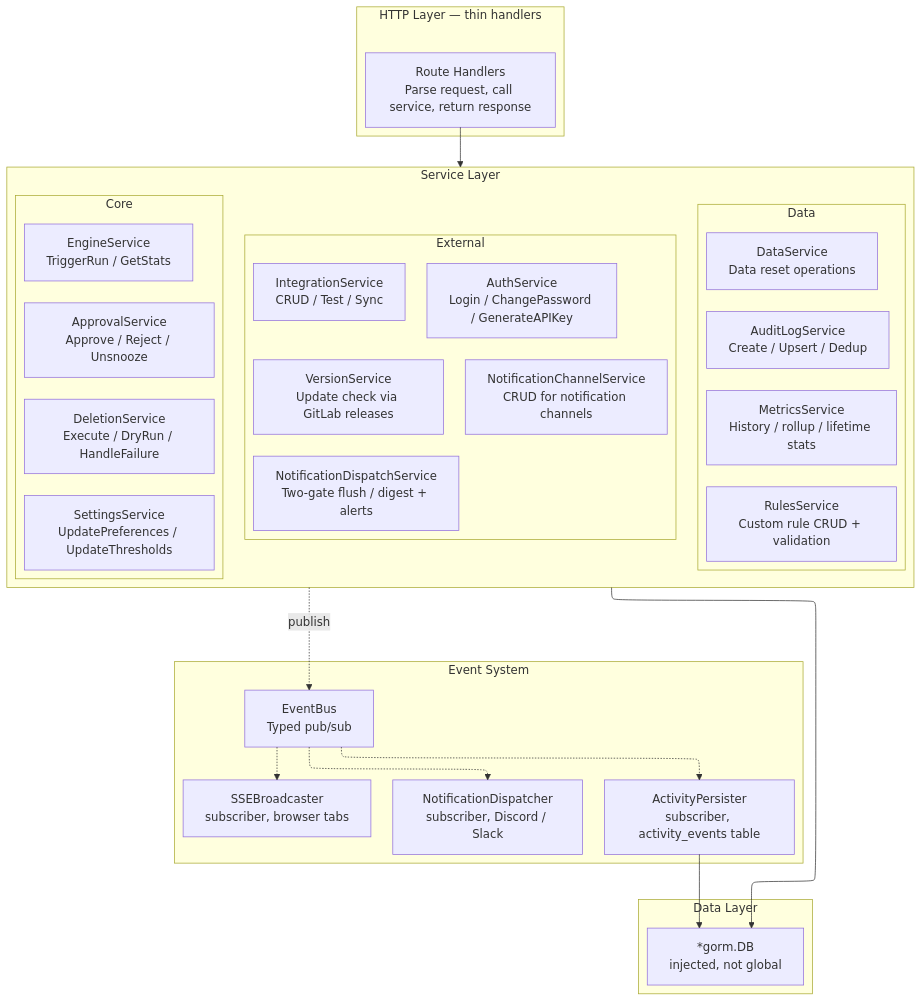
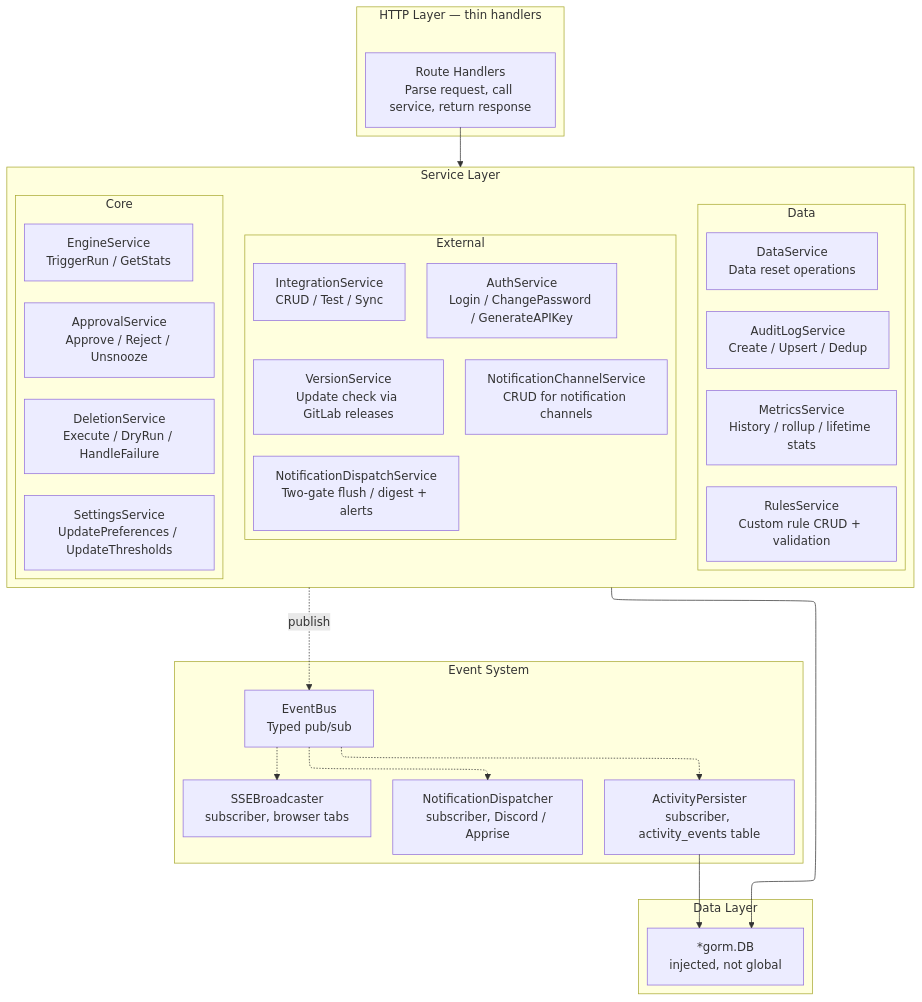
One commit to kiwi3007/capacitarr changed the second of 4 diagrams in docs/architecture.md. Above: the diagram before and after it, drawn with Mermaid. The commit also changed other lines of this file and 10 other files, not shown here.

````diff
--- a/docs/architecture.md
+++ b/docs/architecture.md
@@ -76,53 +76,53 @@
 ```mermaid
 %%{init: {"flowchart": {"defaultRenderer": "elk"}} }%%
 flowchart TD
     subgraph HTTP_LAYER["HTTP Layer — thin handlers"]
         ROUTES["Route Handlers<br/>Parse request, call service, return response"]
     end
 
     subgraph SERVICE_LAYER["Service Layer"]
         subgraph CORE["Core"]
             direction LR
             APPROVAL_SVC["ApprovalService<br/>Approve / Reject / Unsnooze"]
             DELETION_SVC["DeletionService<br/>Execute / DryRun / HandleFailure"]
             ENGINE_SVC["EngineService<br/>TriggerRun / GetStats"]
             SETTINGS_SVC["SettingsService<br/>UpdatePreferences / UpdateThresholds"]
         end
 
         subgraph DATA_SVCS["Data"]
             direction LR
             AUDIT_SVC["AuditLogService<br/>Create / Upsert / Dedup"]
             DATA_SVC["DataService<br/>Data reset operations"]
             METRICS_SVC["MetricsService<br/>History / rollup / lifetime stats"]
             RULES_SVC["RulesService<br/>Custom rule CRUD + validation"]
         end
 
         subgraph EXTERNAL["External"]
             direction LR
             INTEGRATION_SVC["IntegrationService<br/>CRUD / Test / Sync"]
             AUTH_SVC["AuthService<br/>Login / ChangePassword / GenerateAPIKey"]
             NOTIF_CHANNEL_SVC["NotificationChannelService<br/>CRUD for notification channels"]
             NOTIF_DISPATCH_SVC["NotificationDispatchService<br/>Two-gate flush / digest + alerts"]
             VERSION_SVC["VersionService<br/>Update check via GitLab releases"]
         end
     end
 
     subgraph EVENT_SYSTEM["Event System"]
         BUS["EventBus<br/>Typed pub/sub"]
         ACTIVITY_SUB["ActivityPersister<br/>subscriber, activity_events table"]
-        NOTIF_SUB["NotificationDispatcher<br/>subscriber, Discord / Slack"]
+        NOTIF_SUB["NotificationDispatcher<br/>subscriber, Discord / Apprise"]
         SSE_SUB["SSEBroadcaster<br/>subscriber, browser tabs"]
     end
 
     subgraph DATA_LAYER["Data Layer"]
         DB["*gorm.DB<br/>injected, not global"]
     end
 
     ROUTES --> SERVICE_LAYER
     SERVICE_LAYER -.->|"publish"| BUS
     SERVICE_LAYER --> DB
     BUS -.-> ACTIVITY_SUB
     BUS -.-> NOTIF_SUB
     BUS -.-> SSE_SUB
     ACTIVITY_SUB --> DB
 ```
````
